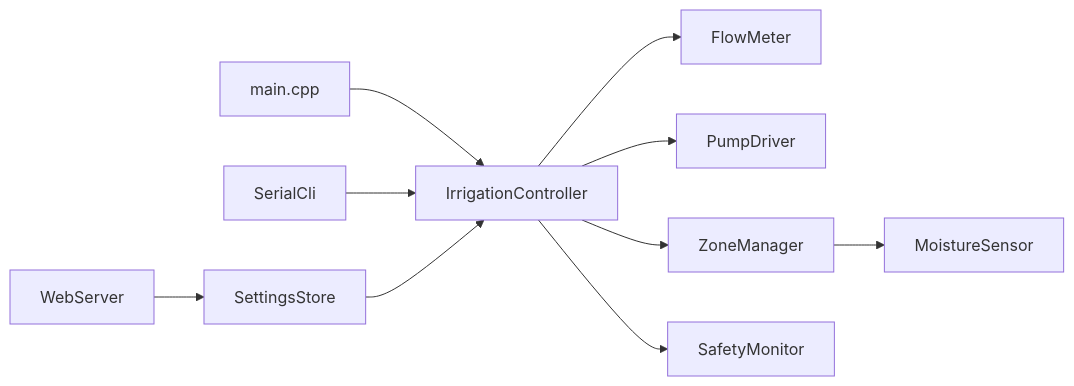
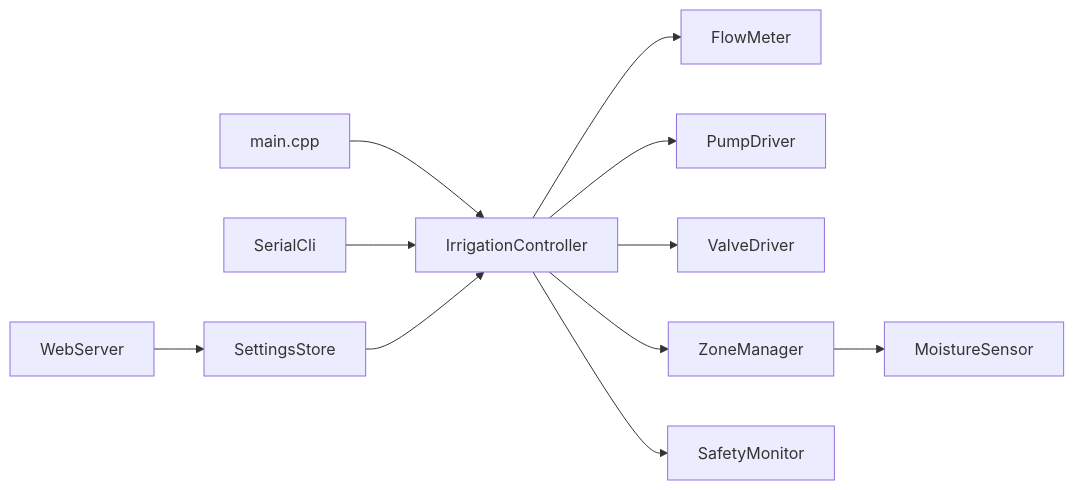
One commit to typhoon322/AutoWateringSystem changed the second of 3 diagrams in docs/system-design.md. Above: the diagram before and after it, drawn with Mermaid. The commit also changed other lines of this file and 32 other files, not shown here.

First line of the commit message:
Add I2C expander architecture for up to 10 zones (v2.1).

````diff
--- a/docs/system-design.md
+++ b/docs/system-design.md
@@ -134,23 +173,25 @@
 ```mermaid
 flowchart LR
     main[main.cpp]
     MS[MoistureSensor]
     FM[FlowMeter]
     PD[PumpDriver]
+    VD[ValveDriver]
     ZM[ZoneManager]
     IC[IrrigationController]
     SM[SafetyMonitor]
     SS[SettingsStore]
     WS[WebServer]
     CLI[SerialCli]
 
     main --> IC
     IC --> ZM
     IC --> SM
     IC --> PD
+    IC --> VD
     IC --> FM
     ZM --> MS
     WS --> SS
     CLI --> IC
     SS --> IC
 ```
````
